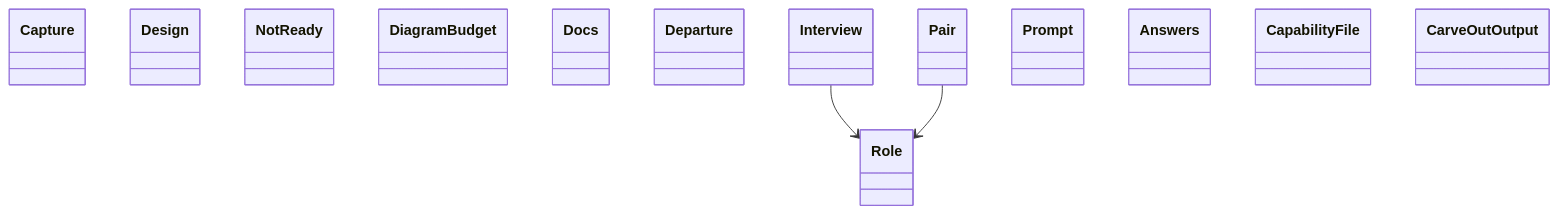
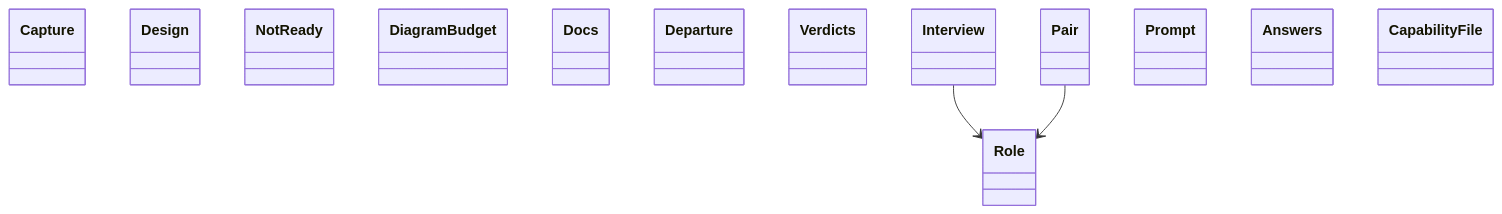
Before and after one commit to GonzaloZevallos/agentic-system: the diagram in docs/architecture/generated/classes-process-domain-roles-1.md, drawn with Mermaid. The commit also changed other lines of this file and 9 other files, not shown here.

Commit message:
Regenerate the architecture pages for DepartureAnswer and DrawingEscalation

````diff
--- a/docs/architecture/generated/classes-process-domain-roles-1.md
+++ b/docs/architecture/generated/classes-process-domain-roles-1.md
@@ -29,18 +29,18 @@
 ```mermaid
 classDiagram
     class design__Capture["Capture"]
     class design__Design["Design"]
     class design__NotReady["NotReady"]
     class docs__DiagramBudget["DiagramBudget"]
     class docs__Docs["Docs"]
     class drawing__Departure["Departure"]
+    class drawing__Verdicts["Verdicts"]
     class roles__Interview["Interview"]
     class roles__Pair["Pair"]
     class roles__Prompt["Prompt"]
     class roles__Role["Role"]
     class schemas__Answers["Answers"]
     class schemas__CapabilityFile["CapabilityFile"]
-    class schemas__CarveOutOutput["CarveOutOutput"]
     roles__Interview --> roles__Role
     roles__Pair --> roles__Role
 ```
````
